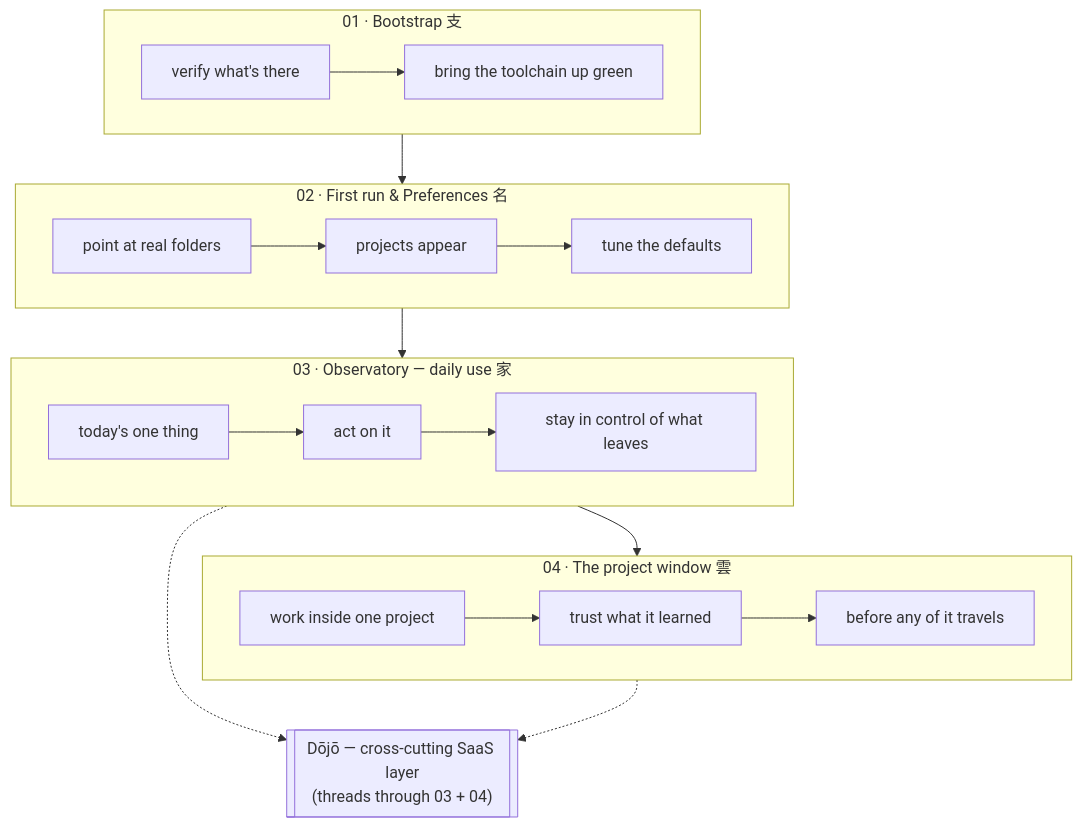
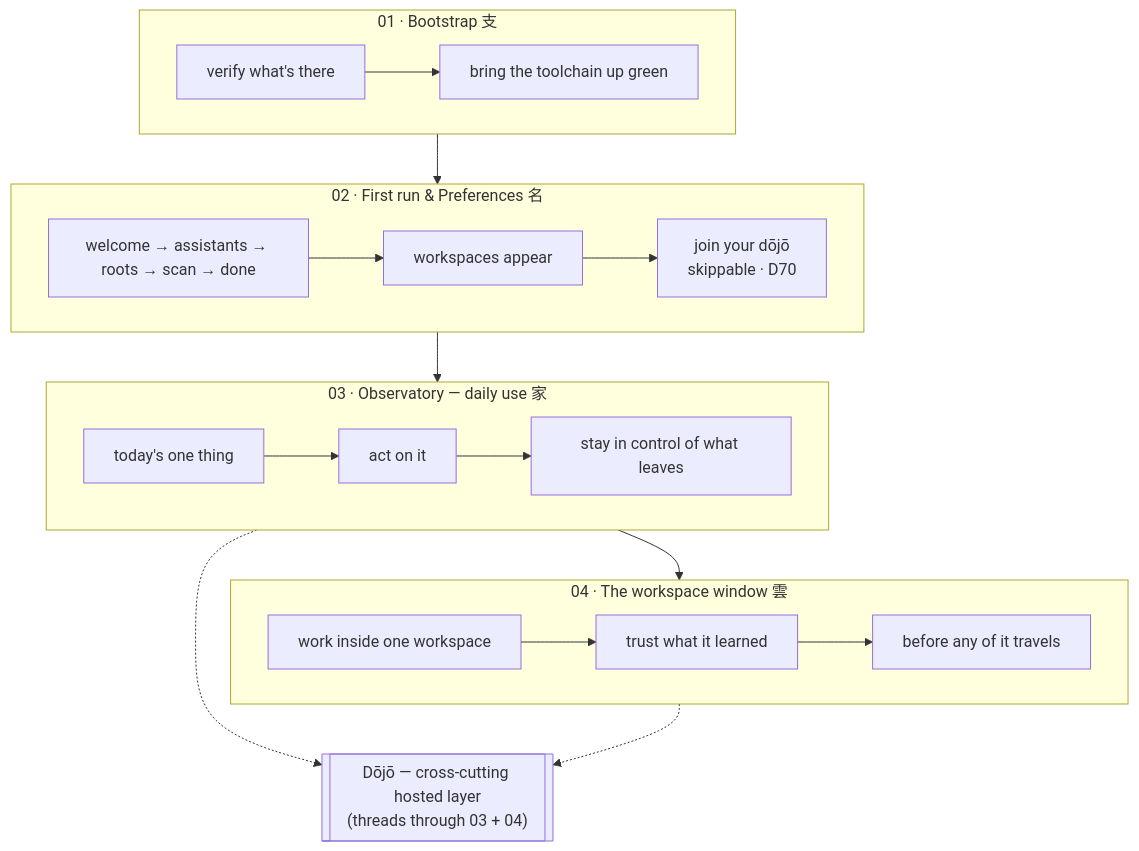
One commit to sensei-hq/sensei changed the second of 4 diagrams in docs/journeys/sensei.md. Above: the diagram before and after it, drawn with Mermaid. The commit also changed other lines of this file and 49 other files, not shown here.

````diff
--- a/docs/journeys/sensei.md
+++ b/docs/journeys/sensei.md
@@ -28,23 +30,23 @@
 ```mermaid
 flowchart TD
     subgraph S1["01 · Bootstrap 支"]
         direction LR
         b1[verify what's there] --> b2[bring the toolchain up green]
     end
     subgraph S2["02 · First run &amp; Preferences 名"]
         direction LR
-        f1[point at real folders] --> f2[projects appear] --> f3[tune the defaults]
+        f1[welcome → assistants → roots → scan → done] --> f2[workspaces appear] --> f3[join your dōjō<br/>skippable · D70]
     end
     subgraph S3["03 · Observatory — daily use 家"]
         direction LR
         o1[today's one thing] --> o2[act on it] --> o3[stay in control of what leaves]
     end
-    subgraph S4["04 · The project window 雲"]
+    subgraph S4["04 · The workspace window 雲"]
         direction LR
-        p1[work inside one project] --> p2[trust what it learned] --> p3[before any of it travels]
+        p1[work inside one workspace] --> p2[trust what it learned] --> p3[before any of it travels]
     end
     S1 --> S2 --> S3 --> S4
-    D[["Dōjō — cross-cutting SaaS layer<br/>(threads through 03 + 04)"]]
+    D[["Dōjō — cross-cutting hosted layer<br/>(threads through 03 + 04)"]]
     S3 -.-> D
     S4 -.-> D
 ```
````
